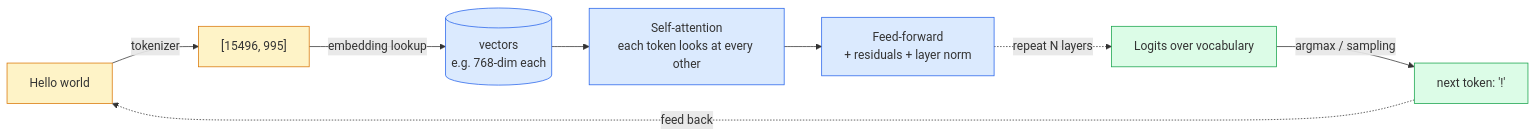
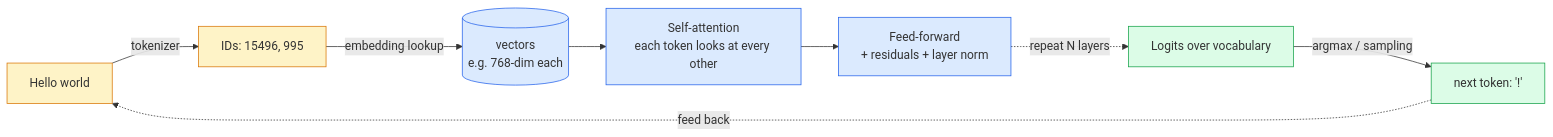
The second of 7 diagrams in README.md (purnendu-das-in/genai-roadmap-for-juniors), drawn with Mermaid before and after one commit. The commit also changed other lines of this file and 1 other file, not shown here.

Commit message:
fix html issue for diagram

````diff
--- a/README.md
+++ b/README.md
@@ -103,17 +103,17 @@
 ```mermaid
 flowchart LR
-    T["Hello world"] -->|tokenizer| TOK["[15496, 995]"]
+    T["Hello world"] -->|tokenizer| TOK["IDs: 15496, 995"]
     TOK -->|embedding lookup| EMB[("vectors<br/>e.g. 768-dim each")]
     EMB --> ATT[Self-attention<br/>each token looks at every other]
     ATT --> FFN[Feed-forward<br/>+ residuals + layer norm]
     FFN -.repeat N layers.-> OUT[Logits over vocabulary]
     OUT -->|argmax / sampling| NEXT["next token: '!'"]
     NEXT -.feed back.-> T
 
     classDef in fill:#fef3c7,stroke:#d97706
     classDef proc fill:#dbeafe,stroke:#2563eb
     classDef out fill:#dcfce7,stroke:#16a34a
     class T,TOK in
     class EMB,ATT,FFN proc
     class OUT,NEXT out
 ```
````
